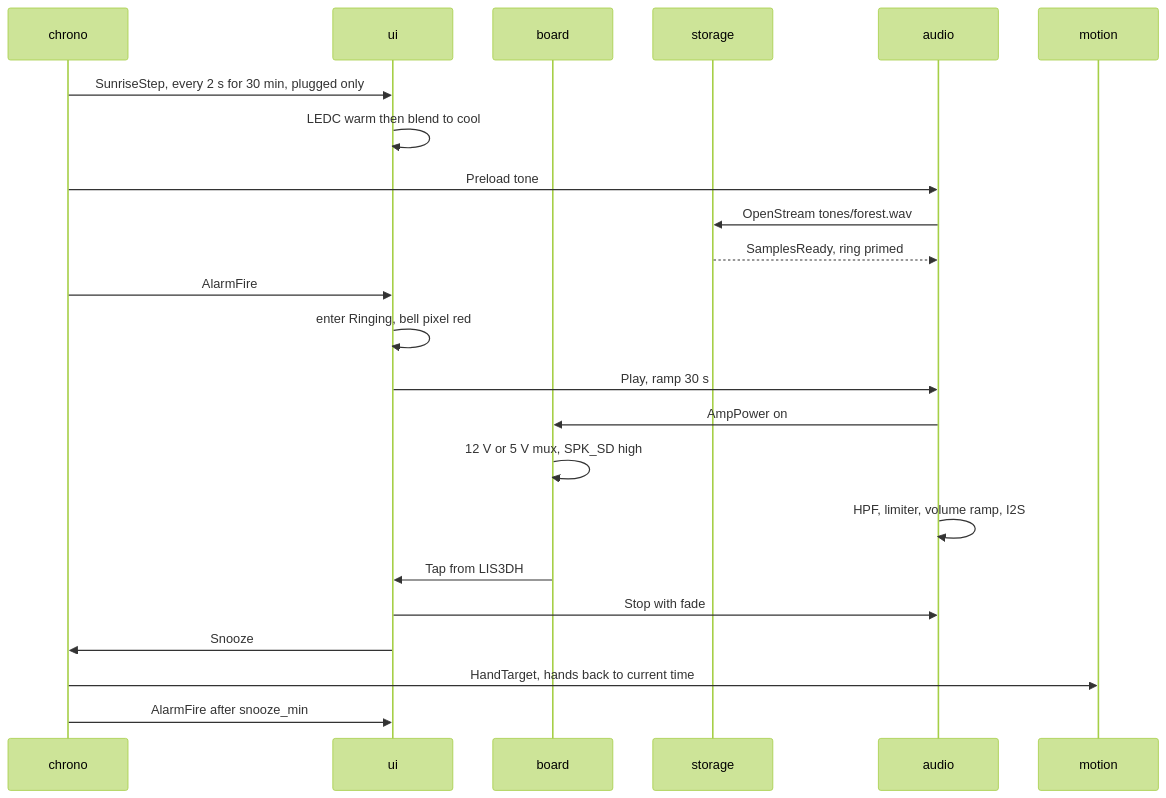
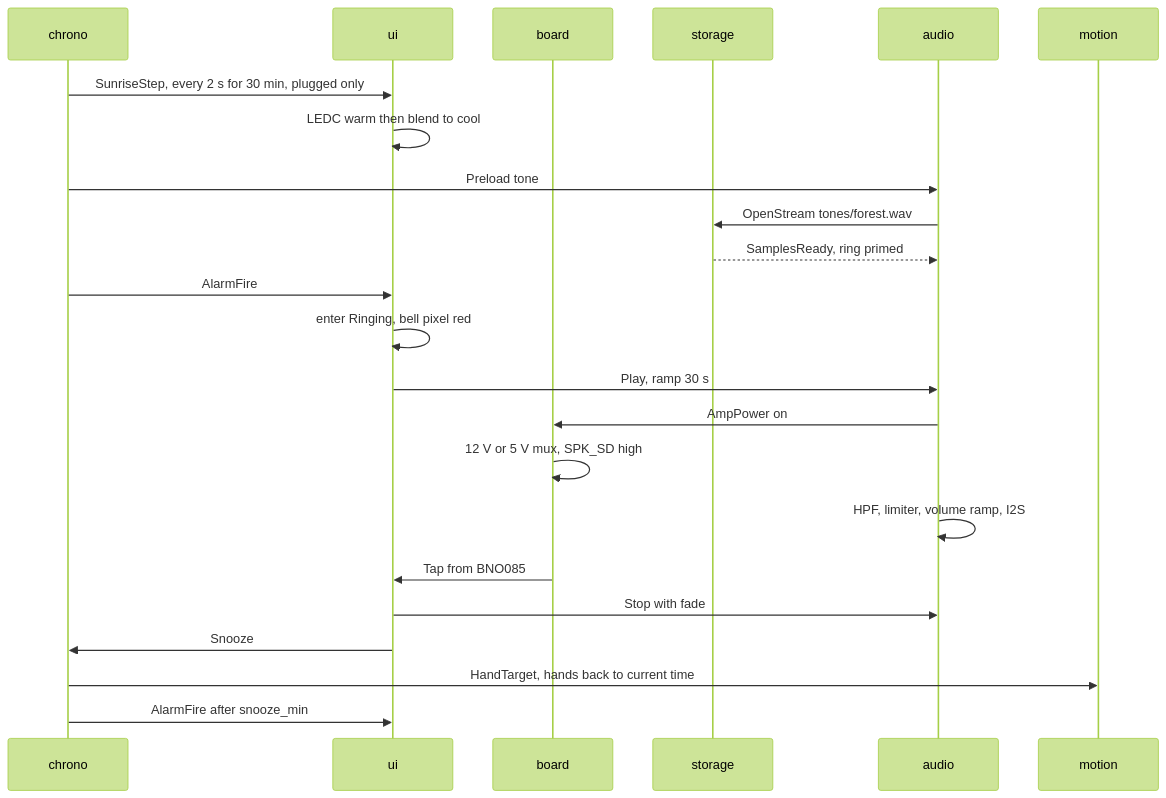
The eighth of 8 diagrams in FIRMWARE.md (tibm/clock), drawn with Mermaid (forest theme) before and after one commit. The commit also changed other lines of this file, not shown here.

First line of the commit message:
FIRMWARE: the motion sensor is a BNO085, not an LIS3DH

````diff
--- a/FIRMWARE.md
+++ b/FIRMWARE.md
@@ -908,26 +961,26 @@
 ```mermaid
 sequenceDiagram
     participant CHR as chrono
     participant UI as ui
     participant BRD as board
     participant STO as storage
     participant AUD as audio
     participant MOT as motion
 
     CHR->>UI: SunriseStep, every 2 s for 30 min, plugged only
     UI->>UI: LEDC warm then blend to cool
     CHR->>AUD: Preload tone
     AUD->>STO: OpenStream tones/forest.wav
     STO-->>AUD: SamplesReady, ring primed
     CHR->>UI: AlarmFire
     UI->>UI: enter Ringing, bell pixel red
     UI->>AUD: Play, ramp 30 s
     AUD->>BRD: AmpPower on
     BRD->>BRD: 12 V or 5 V mux, SPK_SD high
     AUD->>AUD: HPF, limiter, volume ramp, I2S
-    BRD->>UI: Tap from LIS3DH
+    BRD->>UI: Tap from BNO085
     UI->>AUD: Stop with fade
     UI->>CHR: Snooze
     CHR->>MOT: HandTarget, hands back to current time
     CHR->>UI: AlarmFire after snooze_min
 ```
````
